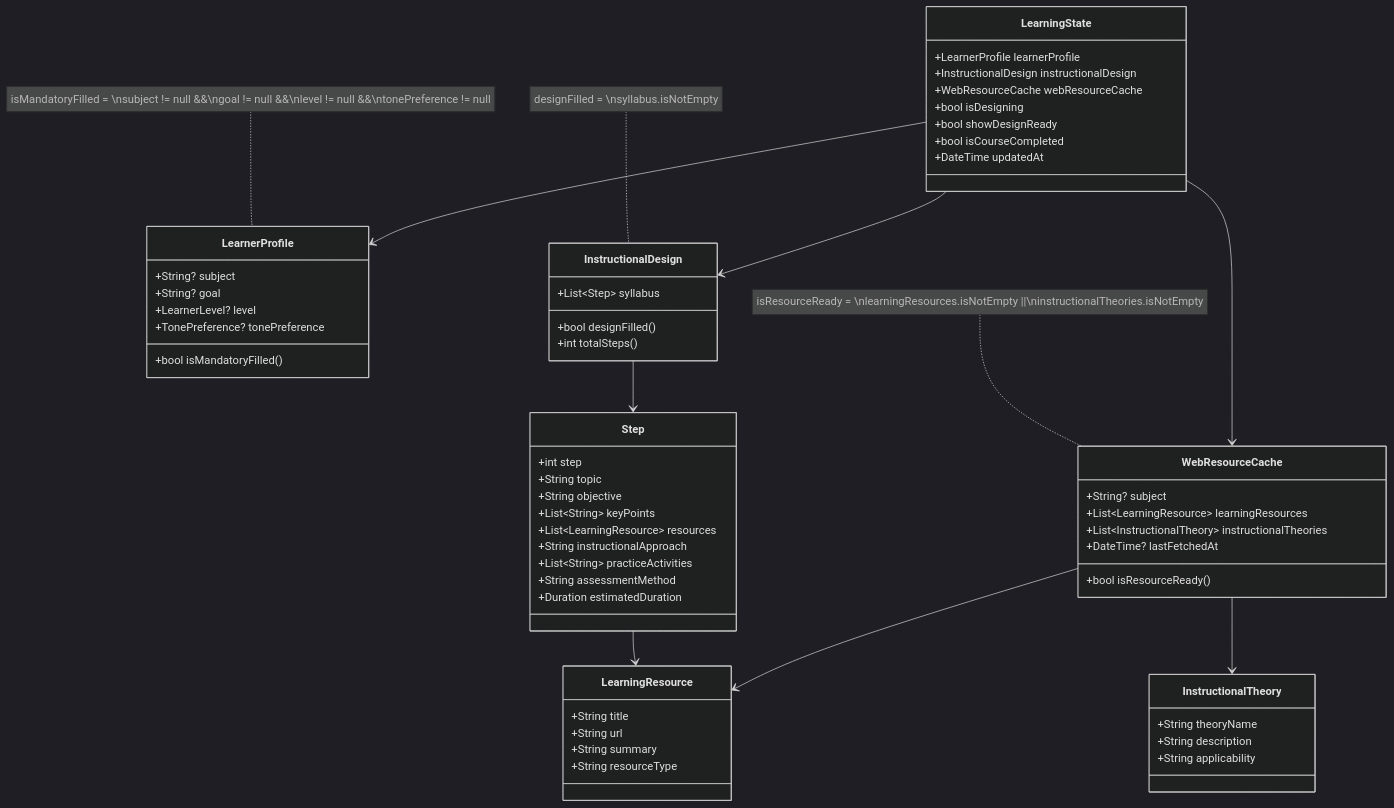
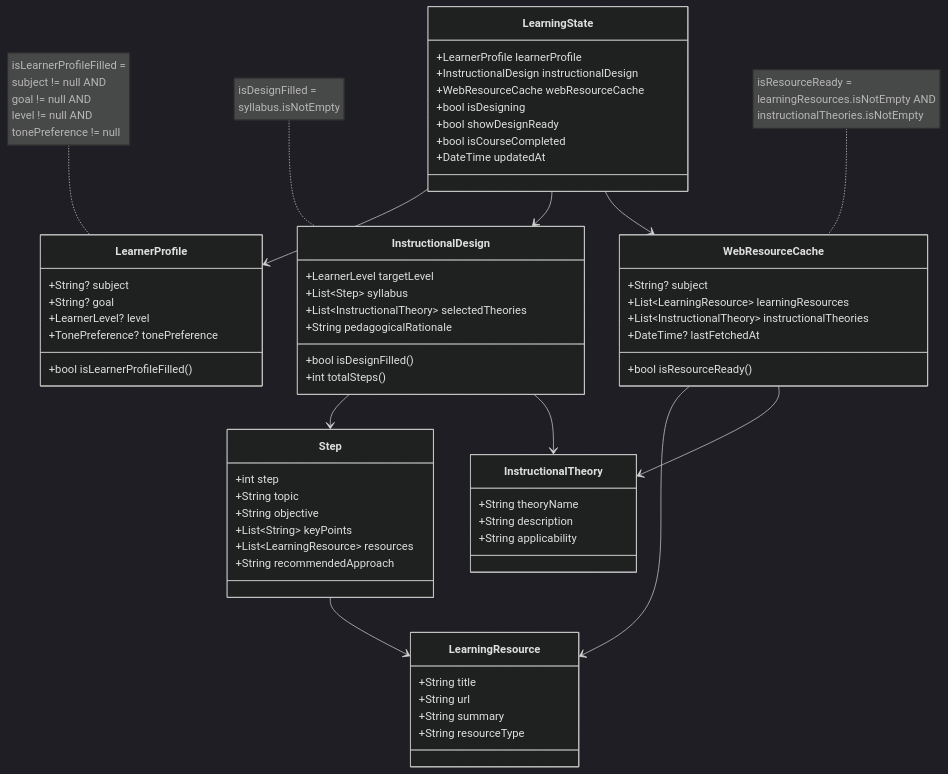
One commit to baekdusan/research-addie-chatbot changed the fourth of 4 diagrams in flowchart.md. Above: the diagram before and after it, drawn with Mermaid (dark theme). The commit also changed other lines of this file and 4 other files, not shown here.

Commit message:
v2 flowchart 그리기 + 관련 조건 플래그 이름 변경

````diff
--- a/flowchart.md
+++ b/flowchart.md
@@ -191,73 +164,74 @@
 ```mermaid
 classDiagram
     class LearningState {
         +LearnerProfile learnerProfile
         +InstructionalDesign instructionalDesign
         +WebResourceCache webResourceCache
         +bool isDesigning
         +bool showDesignReady
         +bool isCourseCompleted
         +DateTime updatedAt
     }
 
     class LearnerProfile {
         +String? subject
         +String? goal
         +LearnerLevel? level
         +TonePreference? tonePreference
-        +bool isMandatoryFilled()
+        +bool isLearnerProfileFilled()
     }
 
     class InstructionalDesign {
+        +LearnerLevel targetLevel
         +List~Step~ syllabus
-        +bool designFilled()
+        +List~InstructionalTheory~ selectedTheories
+        +String pedagogicalRationale
+        +bool isDesignFilled()
         +int totalSteps()
     }
 
     class WebResourceCache {
         +String? subject
         +List~LearningResource~ learningResources
         +List~InstructionalTheory~ instructionalTheories
         +DateTime? lastFetchedAt
         +bool isResourceReady()
     }
 
     class LearningResource {
         +String title
         +String url
         +String summary
         +String resourceType
     }
 
     class InstructionalTheory {
         +String theoryName
         +String description
         +String applicability
     }
 
     class Step {
         +int step
         +String topic
         +String objective
         +List~String~ keyPoints
         +List~LearningResource~ resources
-        +String instructionalApproach
-        +List~String~ practiceActivities
-        +String assessmentMethod
-        +Duration estimatedDuration
+        +String recommendedApproach
     }
 
     LearningState --> LearnerProfile
     LearningState --> InstructionalDesign
     LearningState --> WebResourceCache
     InstructionalDesign --> Step
+    InstructionalDesign --> InstructionalTheory
     Step --> LearningResource
     WebResourceCache --> LearningResource
     WebResourceCache --> InstructionalTheory
 
-    note for LearnerProfile "isMandatoryFilled = \nsubject != null &&\ngoal != null &&\nlevel != null &&\ntonePreference != null"
+    note for LearnerProfile "isLearnerProfileFilled = <br/>subject != null AND<br/>goal != null AND<br/>level != null AND<br/>tonePreference != null"
 
-    note for InstructionalDesign "designFilled = \nsyllabus.isNotEmpty"
+    note for InstructionalDesign "isDesignFilled = <br/>syllabus.isNotEmpty"
 
-    note for WebResourceCache "isResourceReady = \nlearningResources.isNotEmpty ||\ninstructionalTheories.isNotEmpty"
+    note for WebResourceCache "isResourceReady = <br/>learningResources.isNotEmpty AND <br/>instructionalTheories.isNotEmpty"
 ```
````
